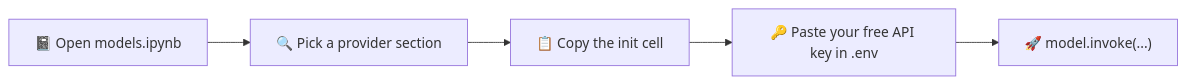
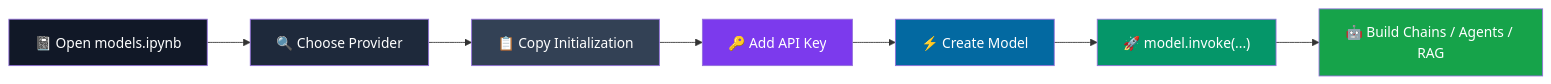
Before and after one commit to salik702/Free-API-Keys-Models: the diagram in README.md, drawn with Mermaid. The commit also changed other lines of this file, not shown here.

````diff
--- a/README.md
+++ b/README.md
@@ -31,7 +98,17 @@
 ```mermaid
 flowchart LR
-    A["📓 Open models.ipynb"] --> B["🔍 Pick a provider section"]
-    B --> C["📋 Copy the init cell"]
-    C --> D["🔑 Paste your free API key in .env"]
-    D --> E["🚀 model.invoke(...)"]
+    A["📓 Open models.ipynb"] --> B["🔍 Choose Provider"]
+    B --> C["📋 Copy Initialization"]
+    C --> D["🔑 Add API Key"]
+    D --> E["⚡ Create Model"]
+    E --> F["🚀 model.invoke(...)"]
+    F --> G["🤖 Build Chains / Agents / RAG"]
+
+    style A fill:#111827,color:#fff
+    style B fill:#1e293b,color:#fff
+    style C fill:#334155,color:#fff
+    style D fill:#7c3aed,color:#fff
+    style E fill:#0369a1,color:#fff
+    style F fill:#059669,color:#fff
+    style G fill:#16a34a,color:#fff
 ```
````
